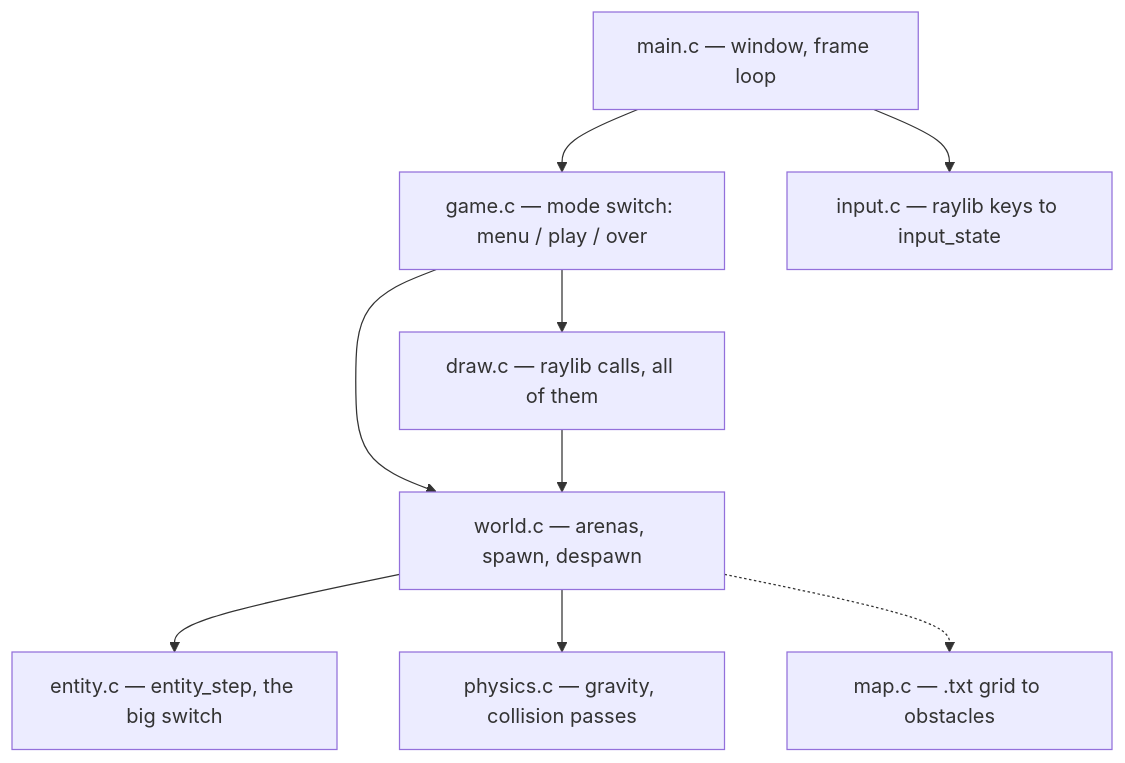
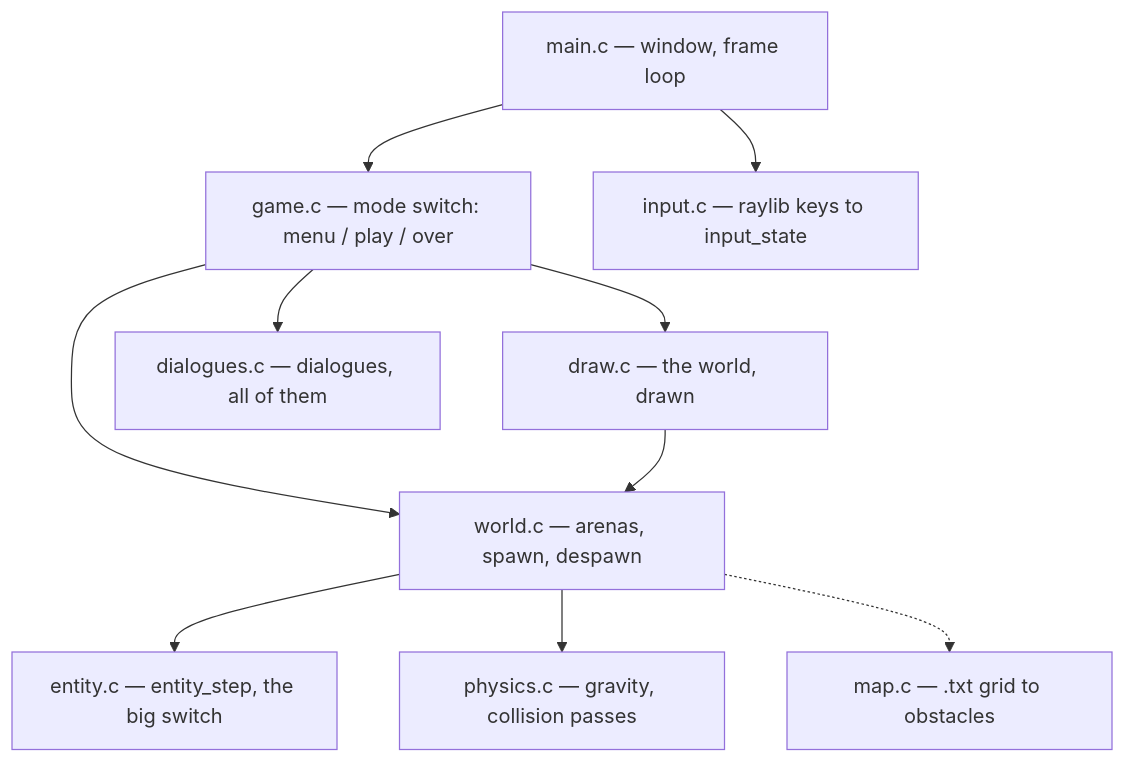
One commit to DBJARH/DBJ_CODING_SKILLS changed the third of 4 diagrams in dbj_the_game/docs/design.md. Above: the diagram before and after it, drawn with Mermaid. The commit also changed other lines of this file and 5 other files, not shown here.

````diff
--- a/dbj_the_game/docs/design.md
+++ b/dbj_the_game/docs/design.md
@@ -374,20 +375,22 @@
 ```mermaid
 flowchart TD
     main["main.c — window, frame loop"]
     game["game.c — mode switch: menu / play / over"]
     input["input.c — raylib keys to input_state"]
     world["world.c — arenas, spawn, despawn"]
     entity["entity.c — entity_step, the big switch"]
     physics["physics.c — gravity, collision passes"]
     map["map.c — .txt grid to obstacles"]
-    draw["draw.c — raylib calls, all of them"]
+    draw["draw.c — the world, drawn"]
+    dialogues["dialogues.c — dialogues, all of them"]
 
     main --> game
     main --> input
     game --> world
     game --> draw
+    game --> dialogues
     world --> entity
     world --> physics
     world -.-> map
     draw --> world
 ```
````
